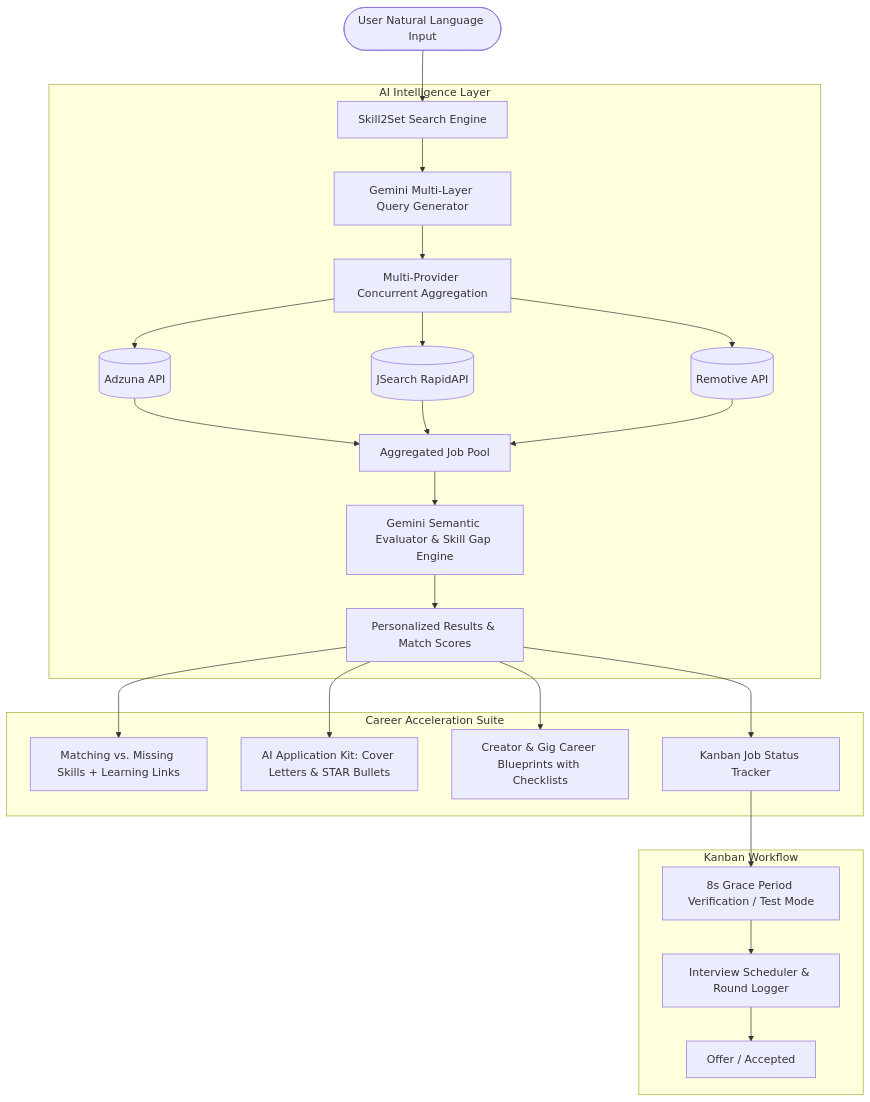
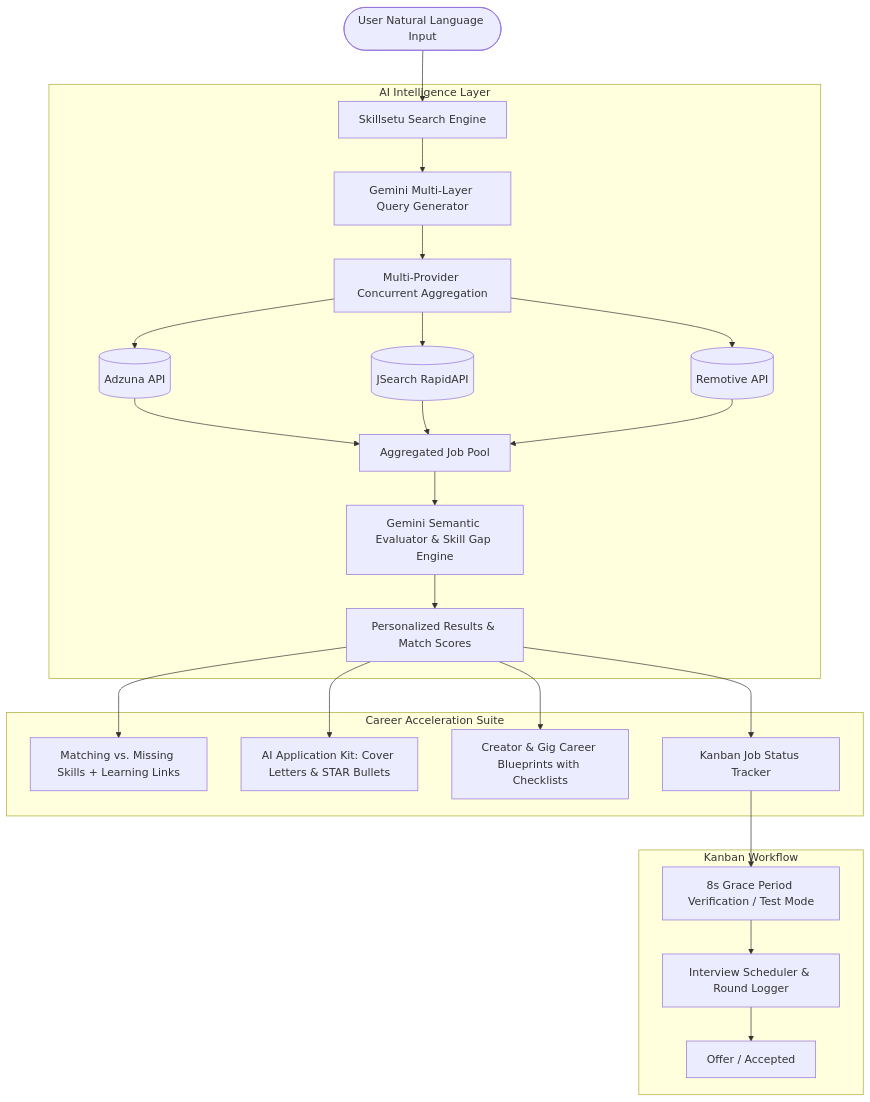
The diagram in README.md (divyashakti5127-ai/Skill2set-), drawn with Mermaid before and after one commit. The commit also changed other lines of this file and 10 other files, not shown here.

````diff
--- a/README.md
+++ b/README.md
@@ -30,32 +30,32 @@
 ```mermaid
 flowchart TD
-    User([User Natural Language Input]) --> SearchEngine[Skill2Set Search Engine]
+    User([User Natural Language Input]) --> SearchEngine[Skillsetu Search Engine]
     
     subgraph AI Intelligence Layer
         SearchEngine --> GeminiQueries[Gemini Multi-Layer Query Generator]
         GeminiQueries --> MultiSourceFetch[Multi-Provider Concurrent Aggregation]
         MultiSourceFetch --> AdzunaAPI[(Adzuna API)]
         MultiSourceFetch --> JSearchAPI[(JSearch RapidAPI)]
         MultiSourceFetch --> RemotiveAPI[(Remotive API)]
         
         AdzunaAPI --> RawPool[Aggregated Job Pool]
         JSearchAPI --> RawPool
         RemotiveAPI --> RawPool
         
         RawPool --> GeminiRanker[Gemini Semantic Evaluator & Skill Gap Engine]
         GeminiRanker --> ResultsView[Personalized Results & Match Scores]
     end
 
     subgraph Career Acceleration Suite
         ResultsView --> SkillGap[Matching vs. Missing Skills + Learning Links]
         ResultsView --> AppKit[AI Application Kit: Cover Letters & STAR Bullets]
         ResultsView --> Roadmaps[Creator & Gig Career Blueprints with Checklists]
         ResultsView --> Kanban[Kanban Job Status Tracker]
     end
 
     subgraph Kanban Workflow
         Kanban --> Applied[8s Grace Period Verification / Test Mode]
         Applied --> InterviewHub[Interview Scheduler & Round Logger]
         InterviewHub --> Offer[Offer / Accepted]
     end
 ```
````
